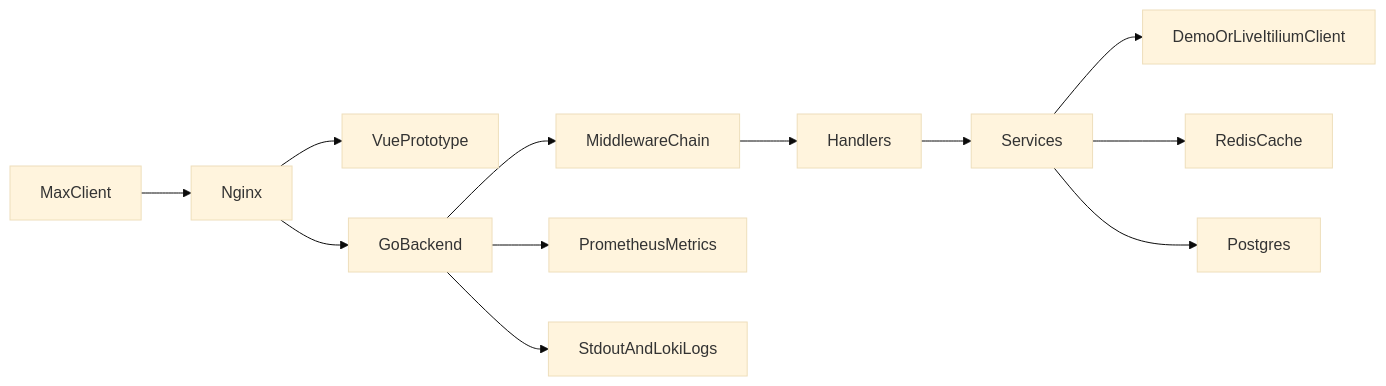
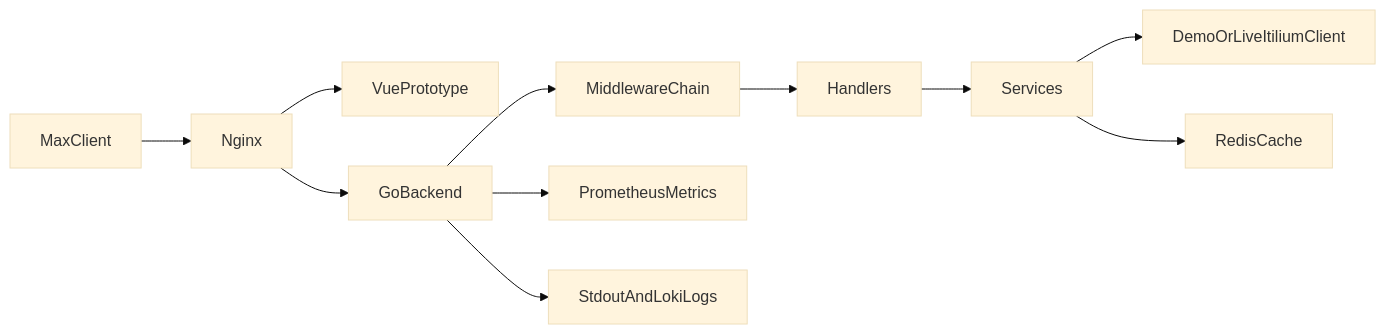
The diagram in documentation/system_overview.md (Ckala62rus/maxapp-invest-itilium), drawn with Mermaid (base theme) before and after one commit. The commit also changed other lines of this file and 11 other files, not shown here.

````diff
--- a/documentation/system_overview.md
+++ b/documentation/system_overview.md
@@ -22,14 +22,13 @@
 ```mermaid
 flowchart LR
     maxClient[MaxClient] --> nginx[Nginx]
     nginx --> frontend[VuePrototype]
     nginx --> backend[GoBackend]
     backend --> middlewareChain[MiddlewareChain]
     middlewareChain --> handlers[Handlers]
     handlers --> services[Services]
     services --> itilium[DemoOrLiveItiliumClient]
     services --> redis[RedisCache]
     backend --> metrics[PrometheusMetrics]
     backend --> logs[StdoutAndLokiLogs]
-    services --> postgres[Postgres]
 ```
````
